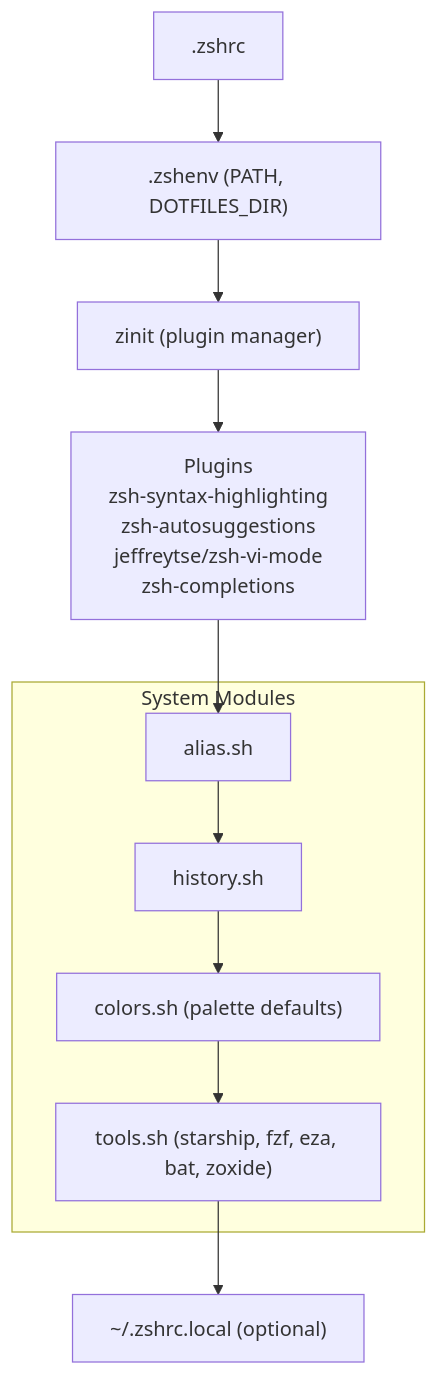
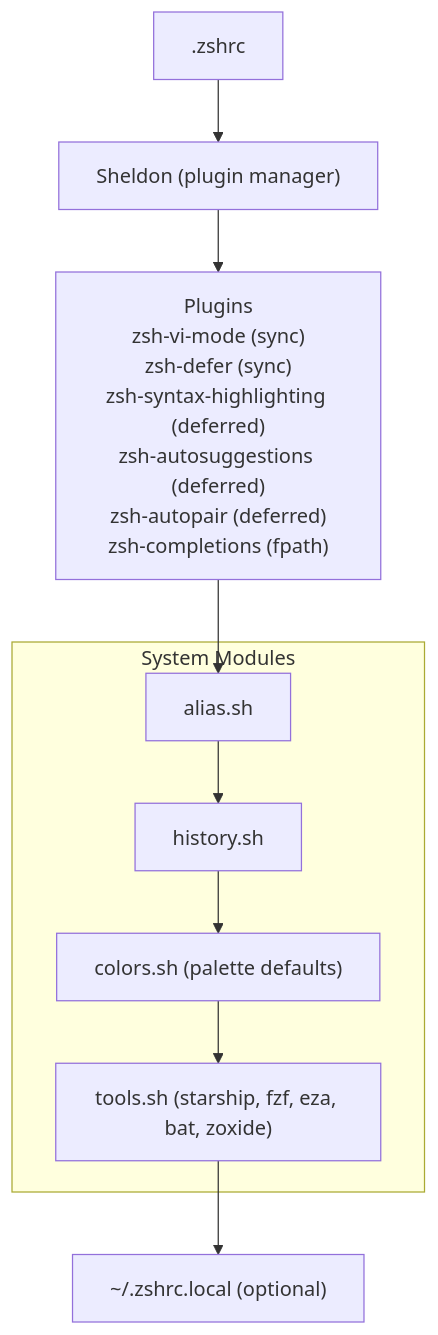
Before and after one commit to slashspace/dotfiles: the third of 4 diagrams in README.md, drawn with Mermaid. The commit also changed other lines of this file and 51 other files, not shown here.

First line of the commit message:
refactor: replace zinit with Sheldon, simplify Ghostty and shell config

````diff
--- a/README.md
+++ b/README.md
@@ -118,23 +116,21 @@
 ```mermaid
 flowchart TB
     ZSHRC[".zshrc"]
-    ZSHENV[".zshenv (PATH, DOTFILES_DIR)"]
-    ZINIT["zinit (plugin manager)"]
-    PLUGINS["Plugins<br/>zsh-syntax-highlighting<br/>zsh-autosuggestions<br/>jeffreytse/zsh-vi-mode<br/>zsh-completions"]
+    SHELDON["Sheldon (plugin manager)"]
+    PLUGINS["Plugins<br/>zsh-vi-mode (sync)<br/>zsh-defer (sync)<br/>zsh-syntax-highlighting (deferred)<br/>zsh-autosuggestions (deferred)<br/>zsh-autopair (deferred)<br/>zsh-completions (fpath)"]
 
     subgraph modules ["System Modules"]
         ALIAS["alias.sh"]
         HIST["history.sh"]
         CLR["colors.sh (palette defaults)"]
         TOOL["tools.sh (starship, fzf, eza, bat, zoxide)"]
     end
 
     LOCAL["~/.zshrc.local (optional)"]
 
-    ZSHRC --> ZSHENV
-    ZSHENV --> ZINIT
-    ZINIT --> PLUGINS
+    ZSHRC --> SHELDON
+    SHELDON --> PLUGINS
     PLUGINS --> ALIAS
     ALIAS --> HIST --> CLR --> TOOL
     TOOL --> LOCAL
 ```
````
